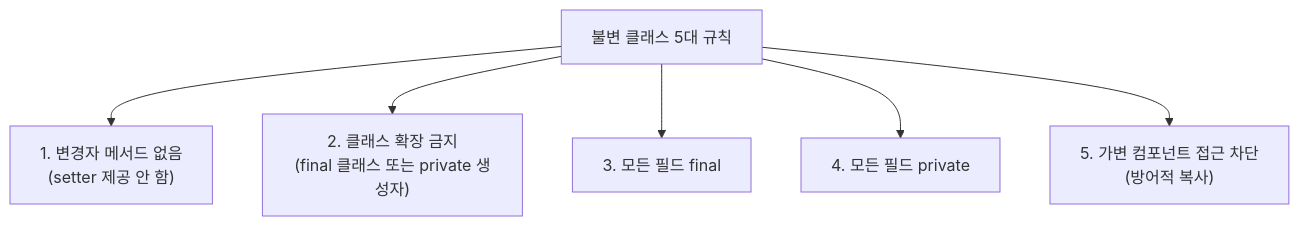
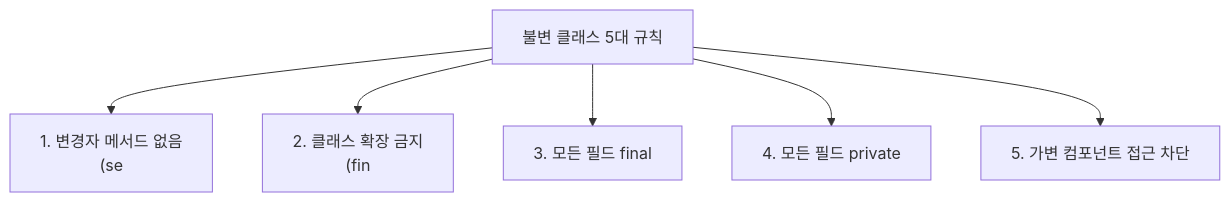
Before and after one commit to yjkim2015/yjkim2015.github.io: the first of 3 diagrams in _posts/java/2022-01-03-effective-java17.md, drawn with Mermaid. The commit also changed other lines of this file and 271 other files, not shown here.

First line of the commit message:
Mermaid 라벨 축소: 긴 노드 텍스트 18자 이하로 트림 + \n 제거

````diff
--- a/_posts/java/2022-01-03-effective-java17.md
+++ b/_posts/java/2022-01-03-effective-java17.md
@@ -18,8 +18,8 @@
 ```mermaid
 graph TD
-    A["불변 클래스 5대 규칙"] --> B["1. 변경자 메서드 없음\n(setter 제공 안 함)"]
-    A --> C["2. 클래스 확장 금지\n(final 클래스 또는 private 생성자)"]
+    A["불변 클래스 5대 규칙"] --> B["1. 변경자 메서드 없음\n(se"]
+    A --> C["2. 클래스 확장 금지\n(fin"]
     A --> D["3. 모든 필드 final"]
     A --> E["4. 모든 필드 private"]
-    A --> F["5. 가변 컴포넌트 접근 차단\n(방어적 복사)"]
+    A --> F["5. 가변 컴포넌트 접근 차단\n"]
 ```
````
